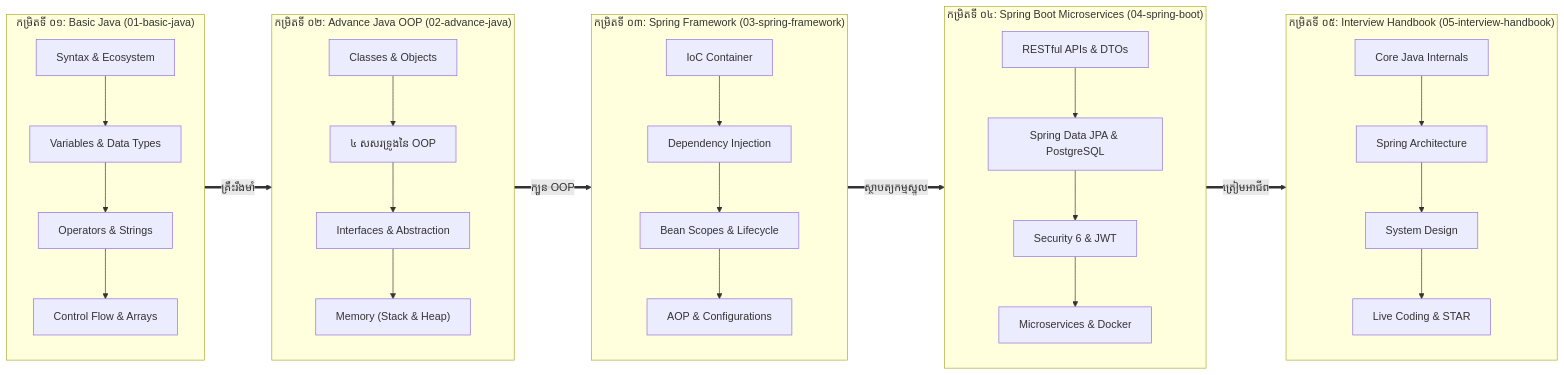
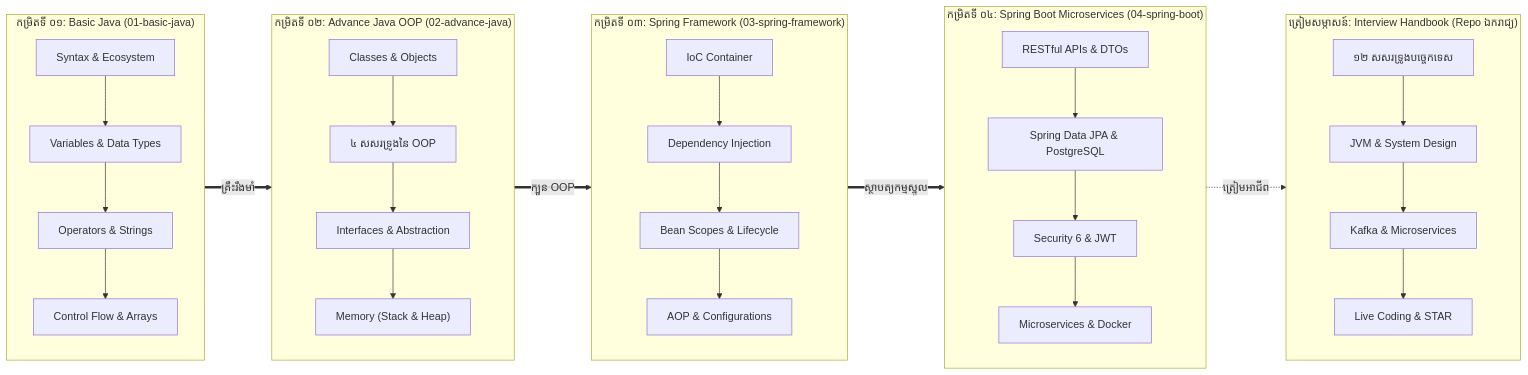
Before and after one commit to sakousa856-sketch/java-spring-for-developers-khmer: the diagram in README.kh.md, drawn with Mermaid. The commit also changed other lines of this file and 30 other files, not shown here.

Commit message:
feat: streamline to 4 learning tracks and link to standalone interview handbook repo

````diff
--- a/README.kh.md
+++ b/README.kh.md
@@ -20,37 +21,39 @@
 ```mermaid
 flowchart LR
     subgraph T1["កម្រិតទី ០១: Basic Java (01-basic-java)"]
         direction TB
         A1["Syntax & Ecosystem"] --> A2["Variables & Data Types"]
         A2 --> A3["Operators & Strings"] --> A4["Control Flow & Arrays"]
     end
 
     subgraph T2["កម្រិតទី ០២: Advance Java OOP (02-advance-java)"]
         direction TB
         B1["Classes & Objects"] --> B2["៤ សសរទ្រូងនៃ OOP"]
         B2 --> B3["Interfaces & Abstraction"] --> B4["Memory (Stack & Heap)"]
     end
 
     subgraph T3["កម្រិតទី ០៣: Spring Framework (03-spring-framework)"]
         direction TB
         C1["IoC Container"] --> C2["Dependency Injection"]
         C2 --> C3["Bean Scopes & Lifecycle"] --> C4["AOP & Configurations"]
     end
 
     subgraph T4["កម្រិតទី ០៤: Spring Boot Microservices (04-spring-boot)"]
         direction TB
         D1["RESTful APIs & DTOs"] --> D2["Spring Data JPA & PostgreSQL"]
         D2 --> D3["Security 6 & JWT"] --> D4["Microservices & Docker"]
     end
 
-    subgraph T5["កម្រិតទី ០៥: Interview Handbook (05-interview-handbook)"]
+    subgraph T5["ត្រៀមសម្ភាសន៍: Interview Handbook (Repo ឯករាជ្យ)"]
         direction TB
-        E1["Core Java Internals"] --> E2["Spring Architecture"]
-        E2 --> E3["System Design"] --> E4["Live Coding & STAR"]
+        E1["១២ សសរទ្រូងបច្ចេកទេស"] --> E2["JVM & System Design"]
+        E2 --> E3["Kafka & Microservices"] --> E4["Live Coding & STAR"]
     end
 
     T1 ==>|គ្រឹះរឹងមាំ| T2
     T2 ==>|ក្បួន OOP| T3
     T3 ==>|ស្ថាបត្យកម្មស្នូល| T4
-    T4 ==>|ត្រៀមអាជីព| T5
+    T4 -.->|ត្រៀមអាជីព| T5
+
+    click T5 "https://github.com/sakousa856-sketch/java-spring-interview-handbook-khmer" "បើកមើល Repo សម្ភាសន៍ការងារ"
 ```
````
